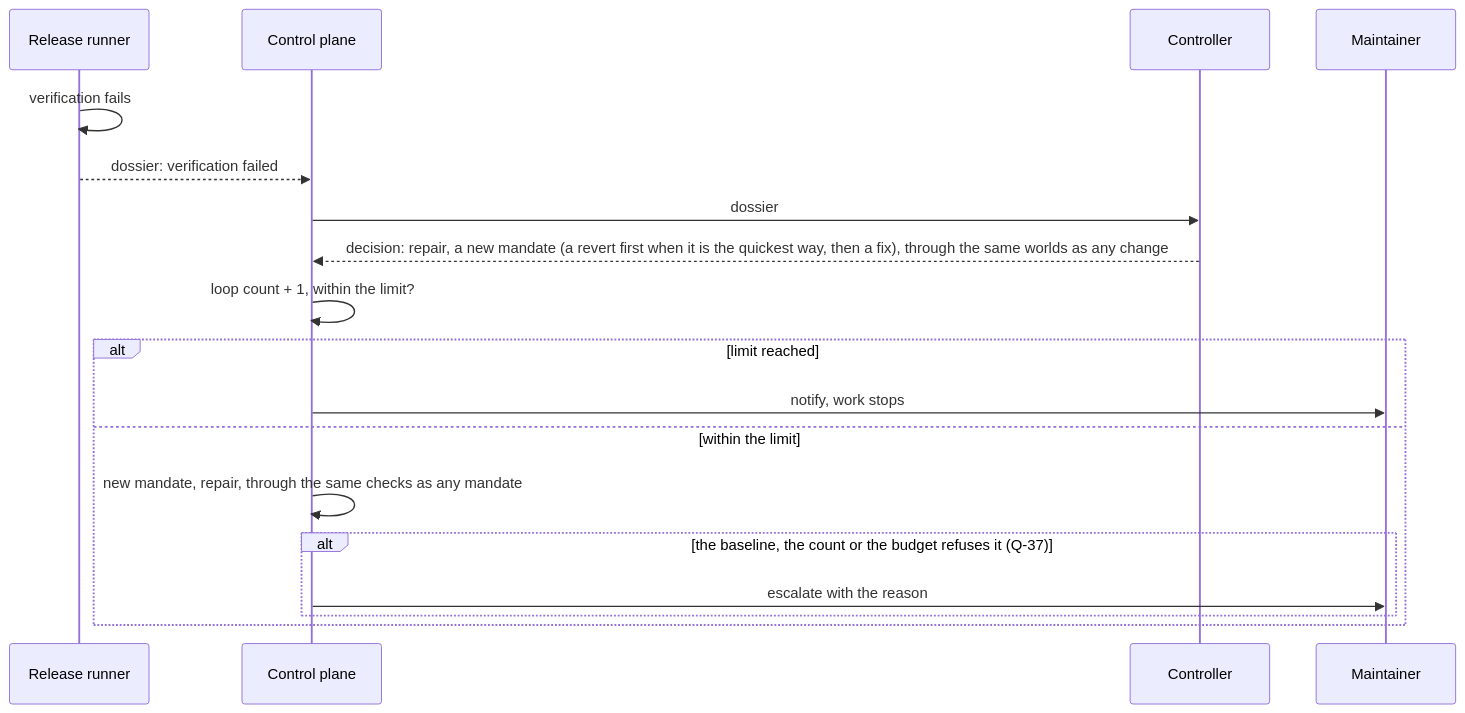
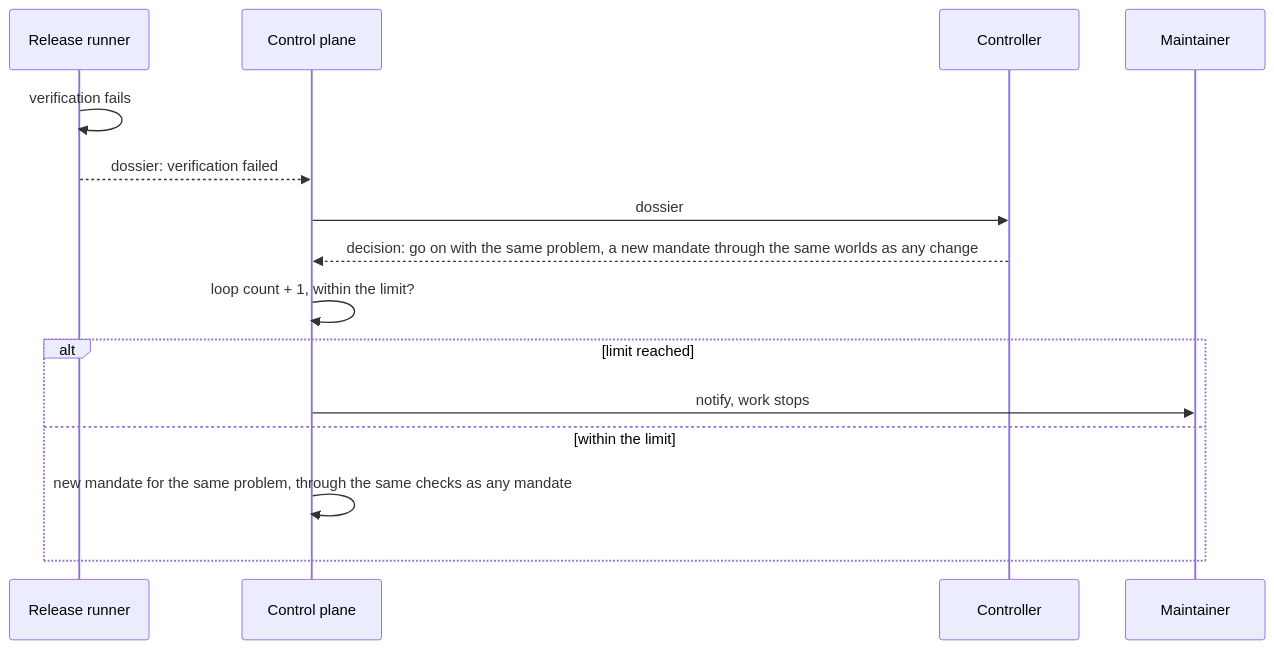
Before and after one commit to MafLabs38/orchestrarr: diagram 12 of 12 in docs/ARCHITECTURE.md, drawn with Mermaid. The commit also changed 9 other files, not shown here.

Commit message:
docs: a failed release is a failed push, the loop goes on with the same problem and without another validation; Q-37 is answered, Q-34 is said plainly

````diff
--- a/docs/ARCHITECTURE.md
+++ b/docs/ARCHITECTURE.md
@@ -426,20 +426,17 @@
 ```mermaid
 sequenceDiagram
     participant R as Release runner
     participant CP as Control plane
     participant C as Controller
     participant M as Maintainer
     R->>R: verification fails
     R-->>CP: dossier: verification failed
     CP->>C: dossier
-    C-->>CP: decision: repair, a new mandate (a revert first when it is the quickest way, then a fix), through the same worlds as any change
+    C-->>CP: decision: go on with the same problem, a new mandate through the same worlds as any change
     CP->>CP: loop count + 1, within the limit?
     alt limit reached
         CP->>M: notify, work stops
     else within the limit
-        CP->>CP: new mandate, repair, through the same checks as any mandate
-        alt the baseline, the count or the budget refuses it (Q-37)
-            CP->>M: escalate with the reason
-        end
+        CP->>CP: new mandate for the same problem, through the same checks as any mandate
     end
 ```
````
